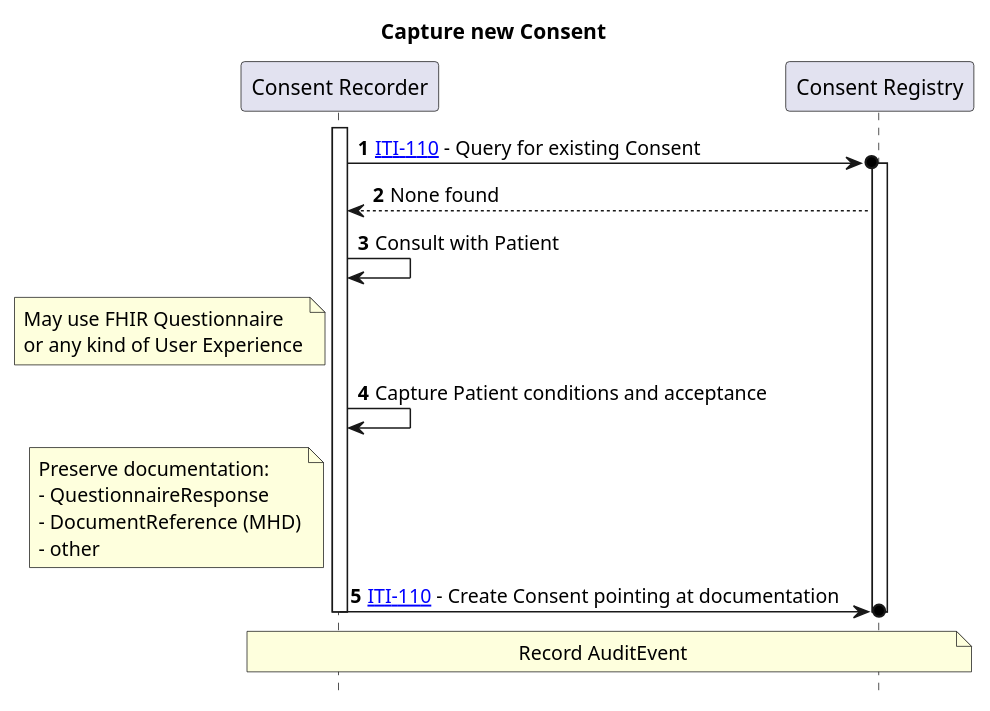
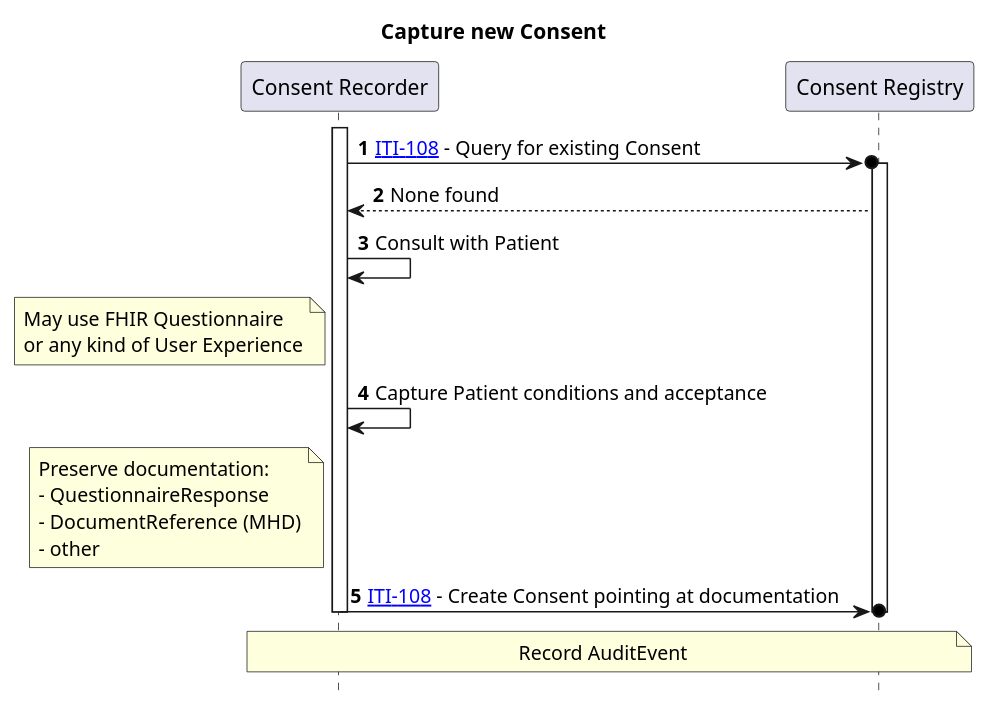
One commit to IHE/ITI.PCF changed the diagram in input/images-source/usecase1-processflow.plantuml. Above: the diagram before and after it, drawn with PlantUML. The commit also changed 11 other files, not shown here.

```diff
--- a/input/images-source/usecase1-processflow.plantuml
+++ b/input/images-source/usecase1-processflow.plantuml
@@ -1,20 +1,20 @@
 @startuml
 skinparam svgDimensionStyle false
 hide footbox
 autonumber
 title "Capture new Consent"
 participant "Consent Recorder" as capture
 participant "Consent Registry" as registry
 activate capture
-capture ->o registry : [[ITI-110.html ITI-110]] - Query for existing Consent
+capture ->o registry : [[ITI-108.html ITI-108]] - Query for existing Consent
 activate registry
 registry --> capture : None found
 capture -> capture : Consult with Patient
 note left of capture: May use FHIR Questionnaire\nor any kind of User Experience
 capture -> capture : Capture Patient conditions and acceptance
 note left of capture: Preserve documentation:\n- QuestionnaireResponse\n- DocumentReference (MHD)\n- other
-capture ->o registry : [[ITI-110.html ITI-110]] - Create Consent pointing at documentation
+capture ->o registry : [[ITI-108.html ITI-108]] - Create Consent pointing at documentation
 note over capture, registry : Record AuditEvent
 deactivate registry
 deactivate capture 
 @enduml
```
